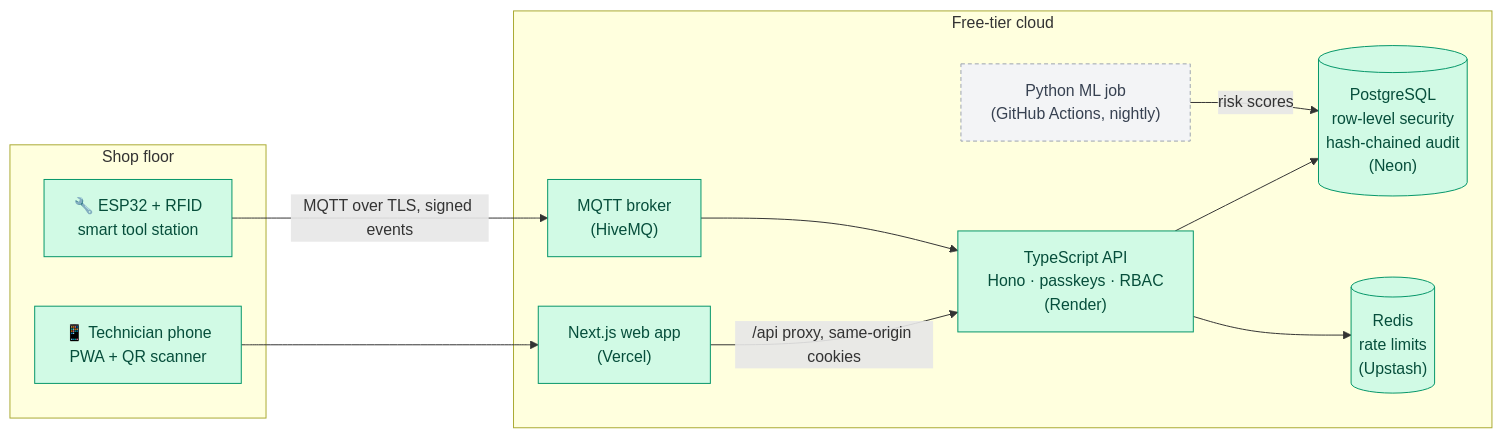
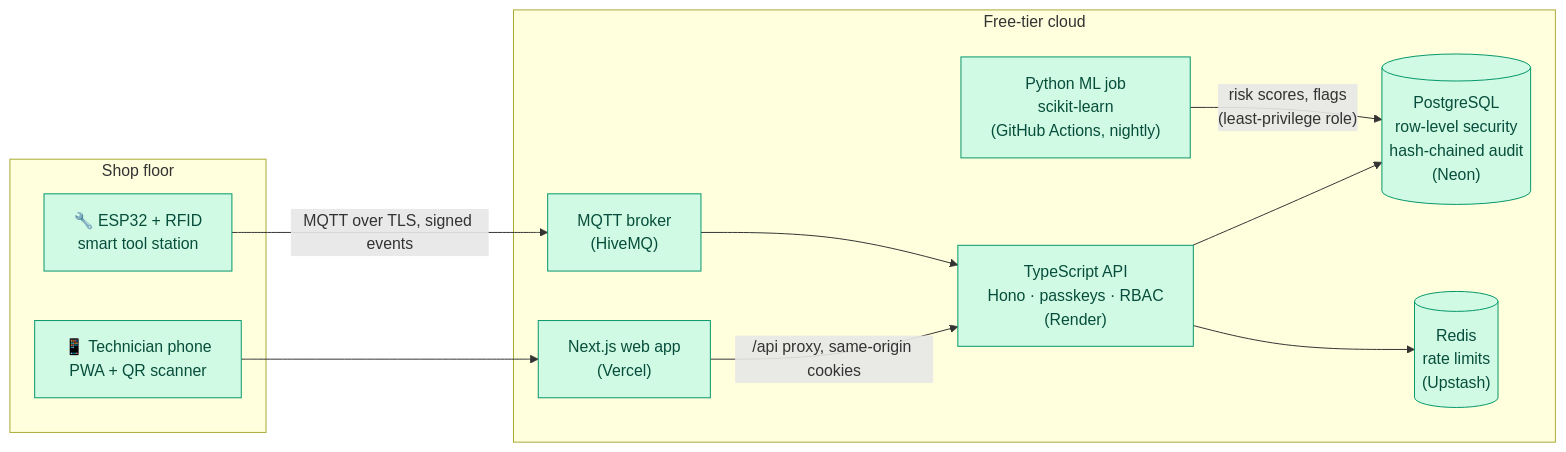
Before and after one commit to vijayantrao/Tool-Trace: the second of 2 diagrams in README.md, drawn with Mermaid. The commit also changed other lines of this file and 75 other files, not shown here.

````diff
--- a/README.md
+++ b/README.md
@@ -73,26 +97,25 @@
 ```mermaid
 flowchart LR
     subgraph Floor["Shop floor"]
         Phone["📱 Technician phone<br/>PWA + QR scanner"]
         Station["🔧 ESP32 + RFID<br/>smart tool station"]
     end
 
     subgraph Cloud["Free-tier cloud"]
         Web["Next.js web app<br/>(Vercel)"]
         API["TypeScript API<br/>Hono · passkeys · RBAC<br/>(Render)"]
         DB[("PostgreSQL<br/>row-level security<br/>hash-chained audit<br/>(Neon)")]
         Redis[("Redis<br/>rate limits<br/>(Upstash)")]
         MQTT["MQTT broker<br/>(HiveMQ)"]
-        ML["Python ML job<br/>(GitHub Actions, nightly)"]
+        ML["Python ML job<br/>scikit-learn<br/>(GitHub Actions, nightly)"]
     end
 
     Phone --> Web -->|"/api proxy, same-origin cookies"| API --> DB
     API --> Redis
     Station -->|"MQTT over TLS, signed events"| MQTT --> API
-    ML -->|"risk scores"| DB
+    ML -->|"risk scores, flags<br/>(least-privilege role)"| DB
 
     classDef done fill:#d1fae5,stroke:#059669,color:#064e3b
     classDef next fill:#f3f4f6,stroke:#9ca3af,color:#374151,stroke-dasharray: 4 3
-    class API,DB,Web,Phone,Station,MQTT,Redis done
-    class ML next
+    class API,DB,Web,Phone,Station,MQTT,Redis,ML done
 ```
````
